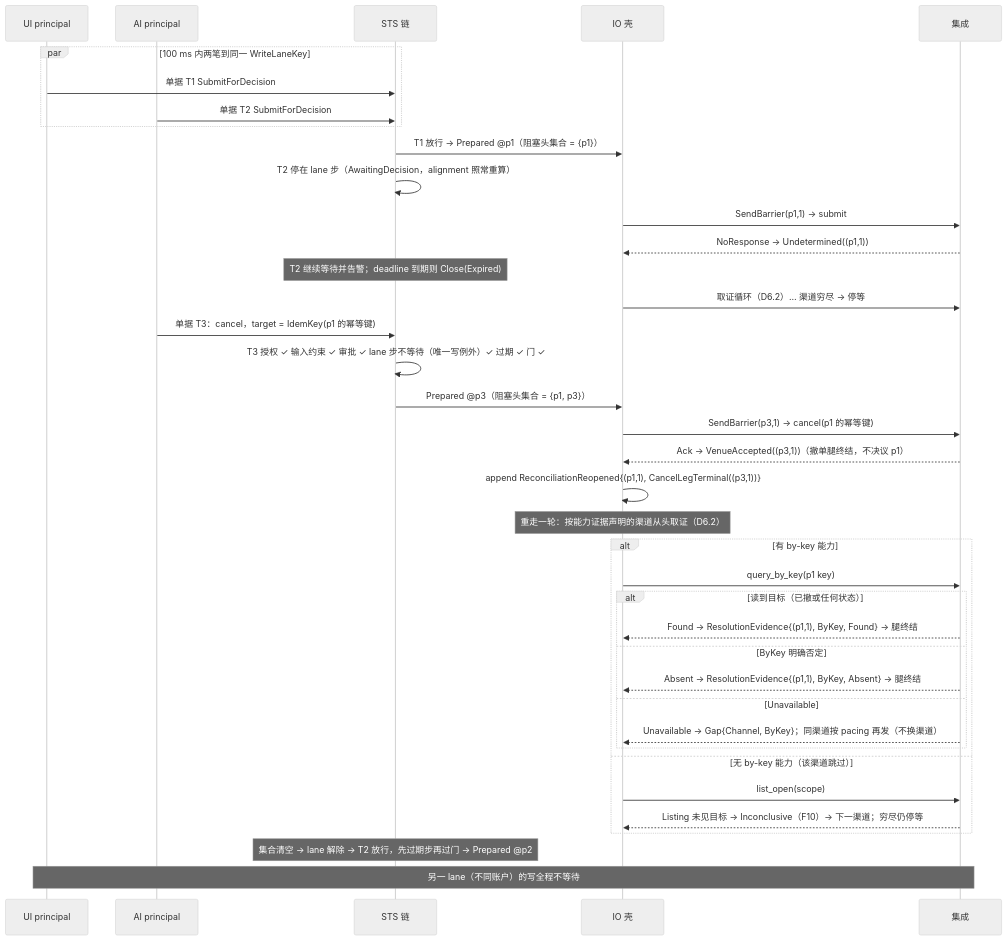
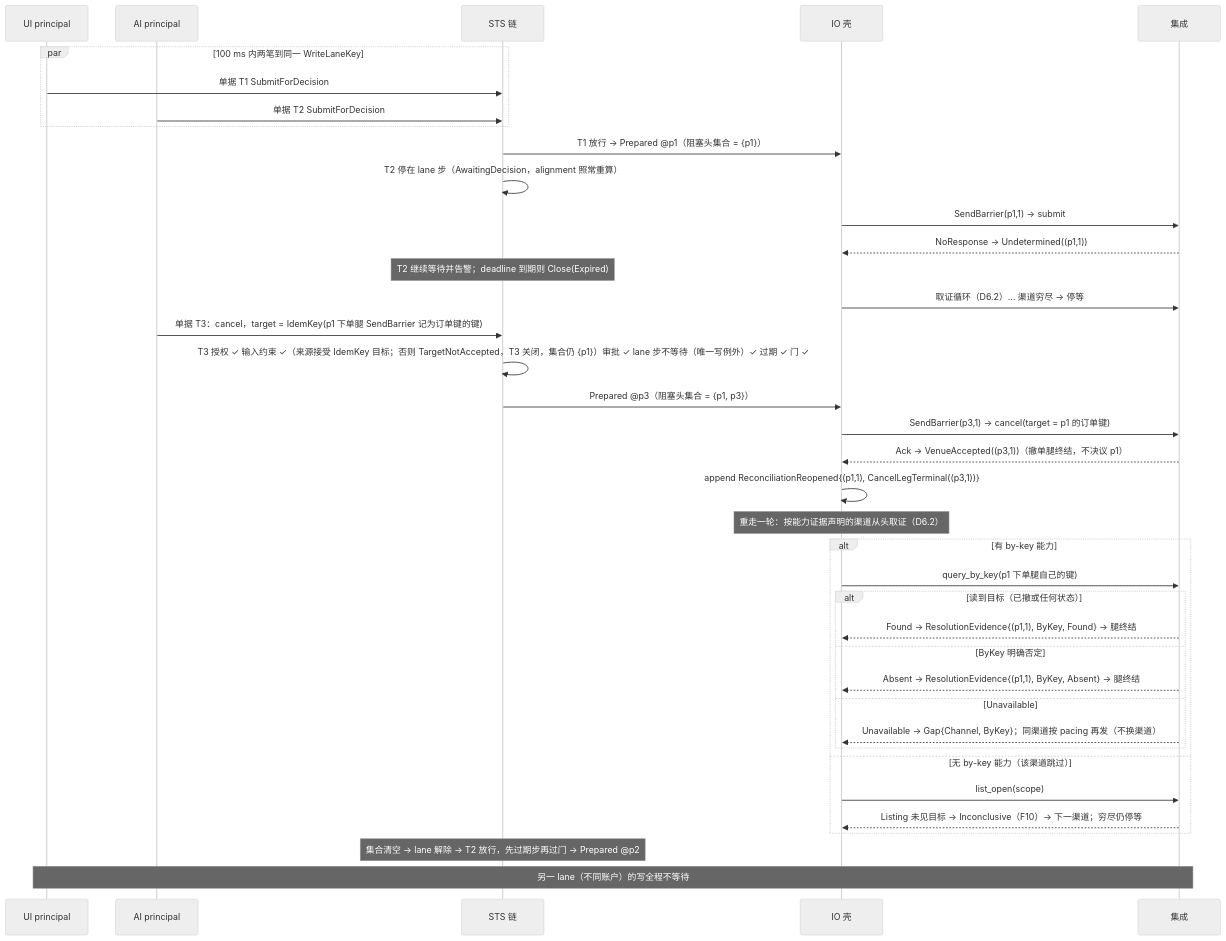
The seventh of 7 diagrams in design/diagrams/06-io-shell-attempt.md (mouriya-s-lab/uta), drawn with Mermaid (neutral theme) before and after one commit. The commit also changed other lines of this file and 14 other files, not shown here.

Commit message:
design: write/lifecycle gaps — declared leg plans for Replace with per-leg keys and channels, target-kind capability for cancel/replace/close, TargetTerminal record, Halted and counters retained, session-state ownership in uses graph

````diff
--- a/design/diagrams/06-io-shell-attempt.md
+++ b/design/diagrams/06-io-shell-attempt.md
@@ -261,40 +262,40 @@
 ```mermaid
 sequenceDiagram
   participant UI as UI principal
   participant AI as AI principal
   participant S as STS 链
   participant IO as IO 壳
   participant I as 集成
   par 100 ms 内两笔到同一 WriteLaneKey
     UI->>S: 单据 T1 SubmitForDecision
     AI->>S: 单据 T2 SubmitForDecision
   end
   S->>IO: T1 放行 → Prepared @p1（阻塞头集合 = {p1}）
   S->>S: T2 停在 lane 步（AwaitingDecision，alignment 照常重算）
   IO->>I: SendBarrier(p1,1) → submit
   I-->>IO: NoResponse → Undetermined((p1,1))
   Note over S: T2 继续等待并告警；deadline 到期则 Close(Expired)
   IO->>I: 取证循环（D6.2）… 渠道穷尽 → 停等
-  AI->>S: 单据 T3：cancel，target = IdemKey(p1 的幂等键)
-  S->>S: T3 授权 ✓ 输入约束 ✓ 审批 ✓ lane 步不等待（唯一写例外）✓ 过期 ✓ 门 ✓
+  AI->>S: 单据 T3：cancel，target = IdemKey(p1 下单腿 SendBarrier 记为订单键的键)
+  S->>S: T3 授权 ✓ 输入约束 ✓（来源接受 IdemKey 目标；否则 TargetNotAccepted，T3 关闭，集合仍 {p1}）审批 ✓ lane 步不等待（唯一写例外）✓ 过期 ✓ 门 ✓
   S->>IO: Prepared @p3（阻塞头集合 = {p1, p3}）
-  IO->>I: SendBarrier(p3,1) → cancel(p1 的幂等键)
+  IO->>I: SendBarrier(p3,1) → cancel(target = p1 的订单键)
   I-->>IO: Ack → VenueAccepted((p3,1))（撤单腿终结，不决议 p1）
   IO->>IO: append ReconciliationReopened{(p1,1), CancelLegTerminal((p3,1))}
   Note over IO: 重走一轮：按能力证据声明的渠道从头取证（D6.2）
   alt 有 by-key 能力
-    IO->>I: query_by_key(p1 key)
+    IO->>I: query_by_key(p1 下单腿自己的键)
     alt 读到目标（已撤或任何状态）
       I-->>IO: Found → ResolutionEvidence{(p1,1), ByKey, Found} → 腿终结
     else ByKey 明确否定
       I-->>IO: Absent → ResolutionEvidence{(p1,1), ByKey, Absent} → 腿终结
     else Unavailable
       I-->>IO: Unavailable → Gap{Channel, ByKey}；同渠道按 pacing 再发（不换渠道）
     end
   else 无 by-key 能力（该渠道跳过）
     IO->>I: list_open(scope)
     I-->>IO: Listing 未见目标 → Inconclusive（F10）→ 下一渠道；穷尽仍停等
   end
   Note over S: 集合清空 → lane 解除 → T2 放行，先过期步再过门 → Prepared @p2
   Note over UI,I: 另一 lane（不同账户）的写全程不等待
 ```
````
